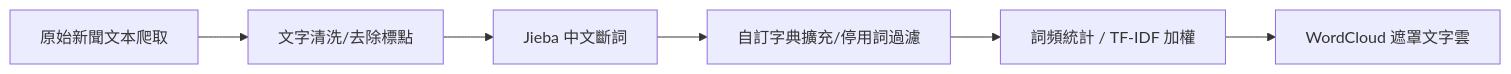
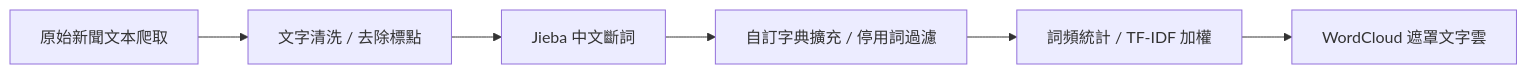
One commit to lliangles/TheNote changed the diagram in courses/ai-programming/Ch11-文本分析Jieba斷詞與文字雲.md. Above: the diagram before and after it, drawn with Mermaid. The commit also changed 8 other files, not shown here.

Commit message:
fix(render): resolve Mermaid fences & syntax, fix LaTeX math escapes, and add automated pre-push verification

````diff
--- a/courses/ai-programming/Ch11-文本分析Jieba斷詞與文字雲.md
+++ b/courses/ai-programming/Ch11-文本分析Jieba斷詞與文字雲.md
@@ -13,8 +13,8 @@
 ```mermaid
 flowchart LR
-    A[原始新聞文本爬取] --> B[文字清洗/去除標點]
-    B --> C[Jieba 中文斷詞]
-    C --> D[自訂字典擴充/停用詞過濾]
-    D --> E[詞頻統計 / TF-IDF 加權]
-    E --> F[WordCloud 遮罩文字雲]
+    A["原始新聞文本爬取"] --> B["文字清洗 / 去除標點"]
+    B --> C["Jieba 中文斷詞"]
+    C --> D["自訂字典擴充 / 停用詞過濾"]
+    D --> E["詞頻統計 / TF-IDF 加權"]
+    E --> F["WordCloud 遮罩文字雲"]
 ```
````
